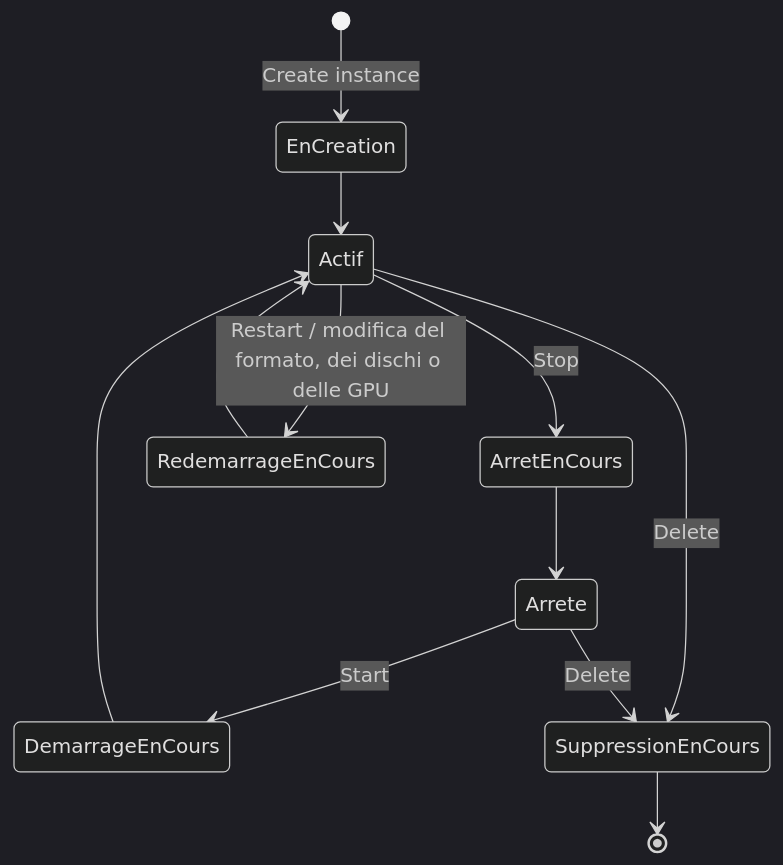
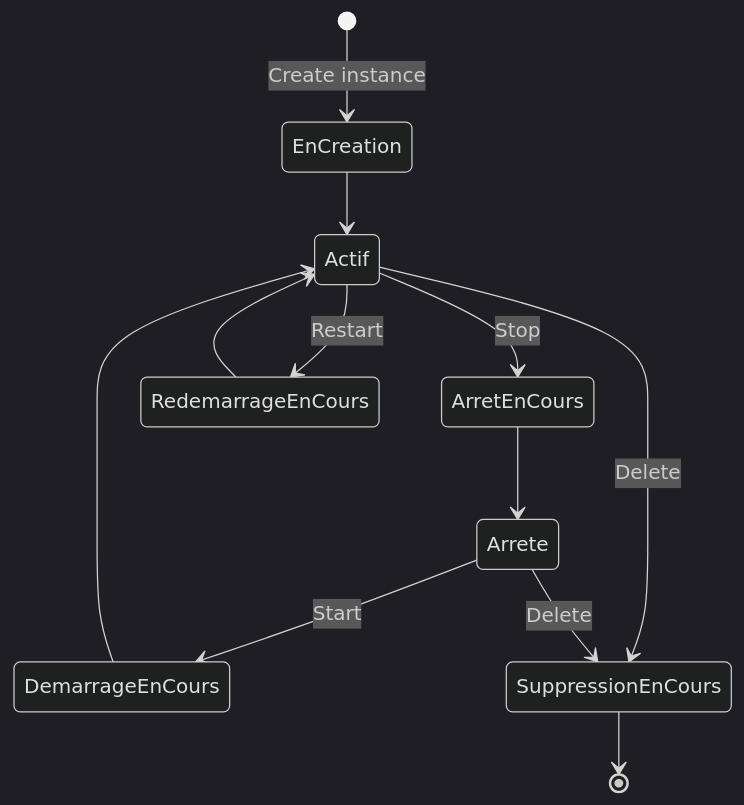
Before and after one commit to HidoraSwiss/hikube-public-doc: the second of 2 diagrams in i18n/it/docusaurus-plugin-content-docs/current/services/compute/concepts.md, drawn with Mermaid (dark theme). The commit also changed other lines of this file and 75 other files, not shown here.

````diff
--- a/i18n/it/docusaurus-plugin-content-docs/current/services/compute/concepts.md
+++ b/i18n/it/docusaurus-plugin-content-docs/current/services/compute/concepts.md
@@ -100,14 +100,14 @@
 ```mermaid
 stateDiagram-v2
     [*] --> EnCreation: Create instance
     EnCreation --> Actif
     Actif --> ArretEnCours: Stop
     ArretEnCours --> Arrete
     Arrete --> DemarrageEnCours: Start
     DemarrageEnCours --> Actif
-    Actif --> RedemarrageEnCours: Restart / modifica del formato, dei dischi o delle GPU
+    Actif --> RedemarrageEnCours: Restart
     RedemarrageEnCours --> Actif
     Actif --> SuppressionEnCours: Delete
     Arrete --> SuppressionEnCours: Delete
     SuppressionEnCours --> [*]
 ```
````
